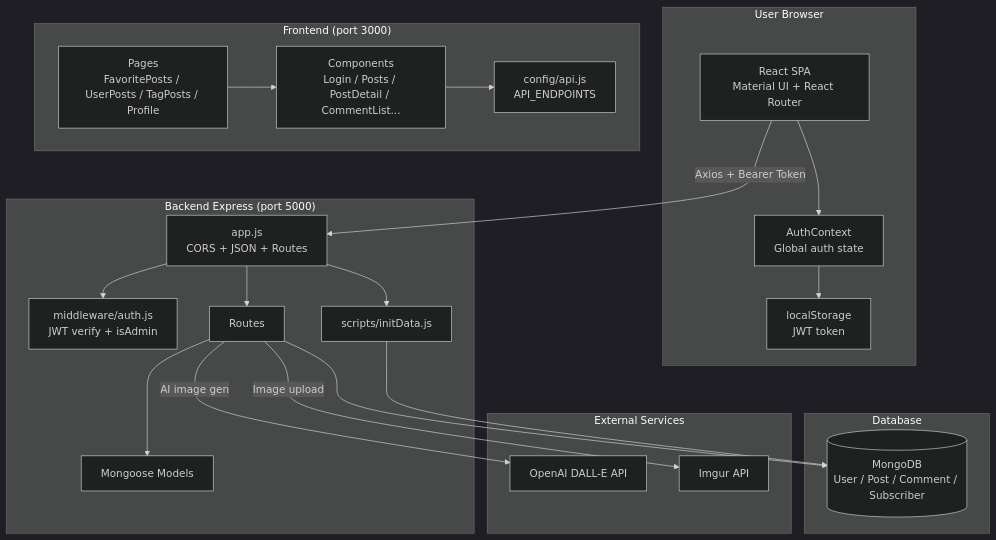
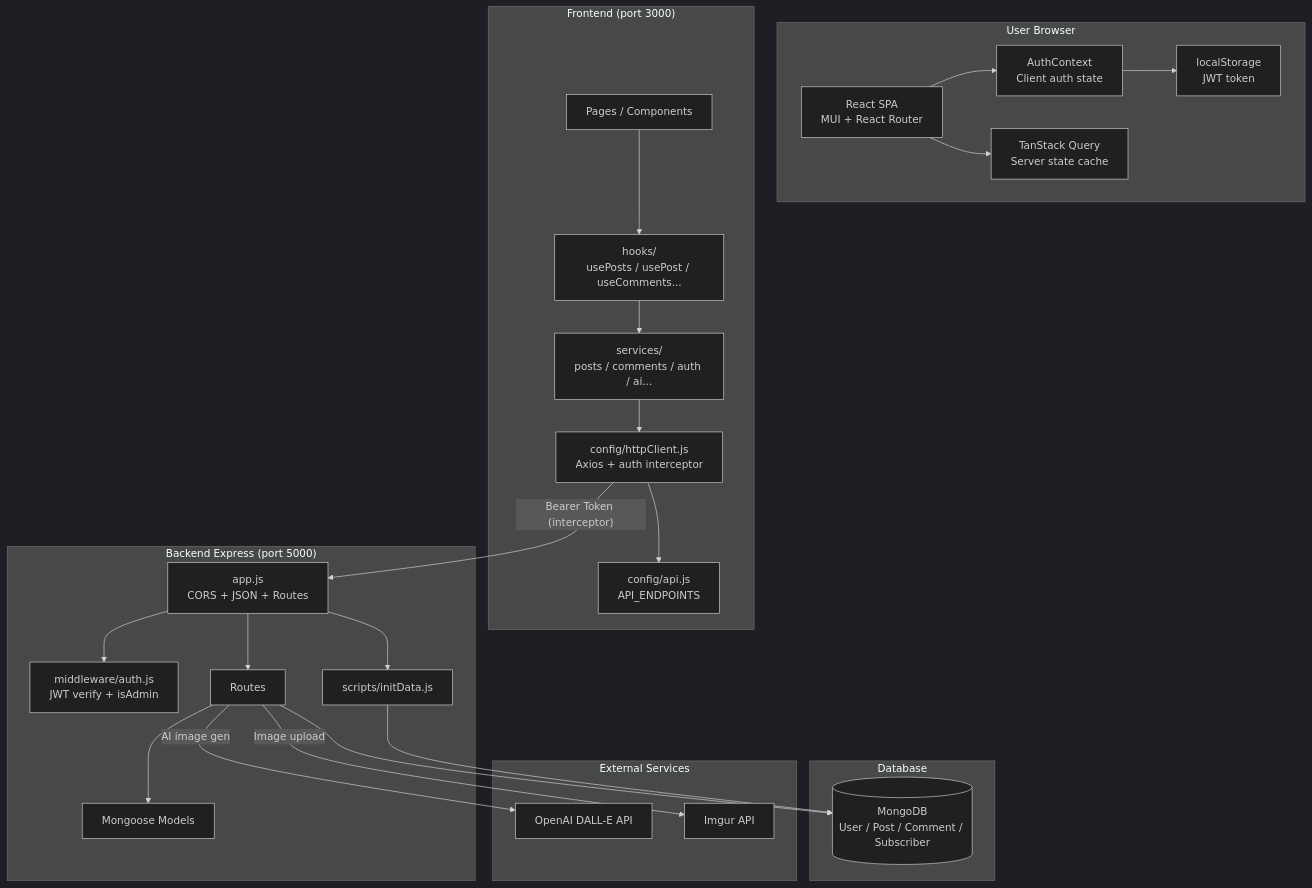
One commit to MagicDogGuo/Wordwalker changed the first of 2 diagrams in README.md. Above: the diagram before and after it, drawn with Mermaid (dark theme). The commit also changed other lines of this file and 2 other files, not shown here.

Commit message:
docs: update README and architecture docs to reflect TanStack Query integration and new service structure

````diff
--- a/README.md
+++ b/README.md
@@ -90,45 +93,51 @@
 ```mermaid
 flowchart TB
     subgraph Client["User Browser"]
-        UI["React SPA<br/>Material UI + React Router"]
+        UI["React SPA<br/>MUI + React Router"]
         LS["localStorage<br/>JWT token"]
-        CTX["AuthContext<br/>Global auth state"]
+        CTX["AuthContext<br/>Client auth state"]
+        RQ["TanStack Query<br/>Server state cache"]
         UI --> CTX
+        UI --> RQ
         CTX --> LS
     end
 
     subgraph Frontend["Frontend (port 3000)"]
-        Pages["Pages<br/>FavoritePosts / UserPosts / TagPosts / Profile"]
-        Comps["Components<br/>Login / Posts / PostDetail / CommentList..."]
+        Pages["Pages / Components"]
+        Hooks["hooks/<br/>usePosts / usePost / useComments..."]
+        Services["services/<br/>posts / comments / auth / ai..."]
+        HTTP["config/httpClient.js<br/>Axios + auth interceptor"]
         API_CFG["config/api.js<br/>API_ENDPOINTS"]
-        Pages --> Comps
-        Comps --> API_CFG
+        Pages --> Hooks
+        Hooks --> Services
+        Services --> HTTP
+        HTTP --> API_CFG
     end
 
     subgraph Backend["Backend Express (port 5000)"]
         APP["app.js<br/>CORS + JSON + Routes"]
         MW["middleware/auth.js<br/>JWT verify + isAdmin"]
         ROUTES["Routes"]
         MODELS["Mongoose Models"]
         INIT["scripts/initData.js"]
         APP --> MW
         APP --> ROUTES
         ROUTES --> MODELS
         APP --> INIT
     end
 
     subgraph DB["Database"]
         MONGO[("MongoDB<br/>User / Post / Comment / Subscriber")]
     end
 
     subgraph External["External Services"]
         OPENAI["OpenAI DALL-E API"]
         IMGUR["Imgur API"]
     end
 
-    UI -->|"Axios + Bearer Token"| APP
+    HTTP -->|"Bearer Token (interceptor)"| APP
     ROUTES --> MONGO
     ROUTES -->|"AI image gen"| OPENAI
     ROUTES -->|"Image upload"| IMGUR
     INIT --> MONGO
 ```
````
